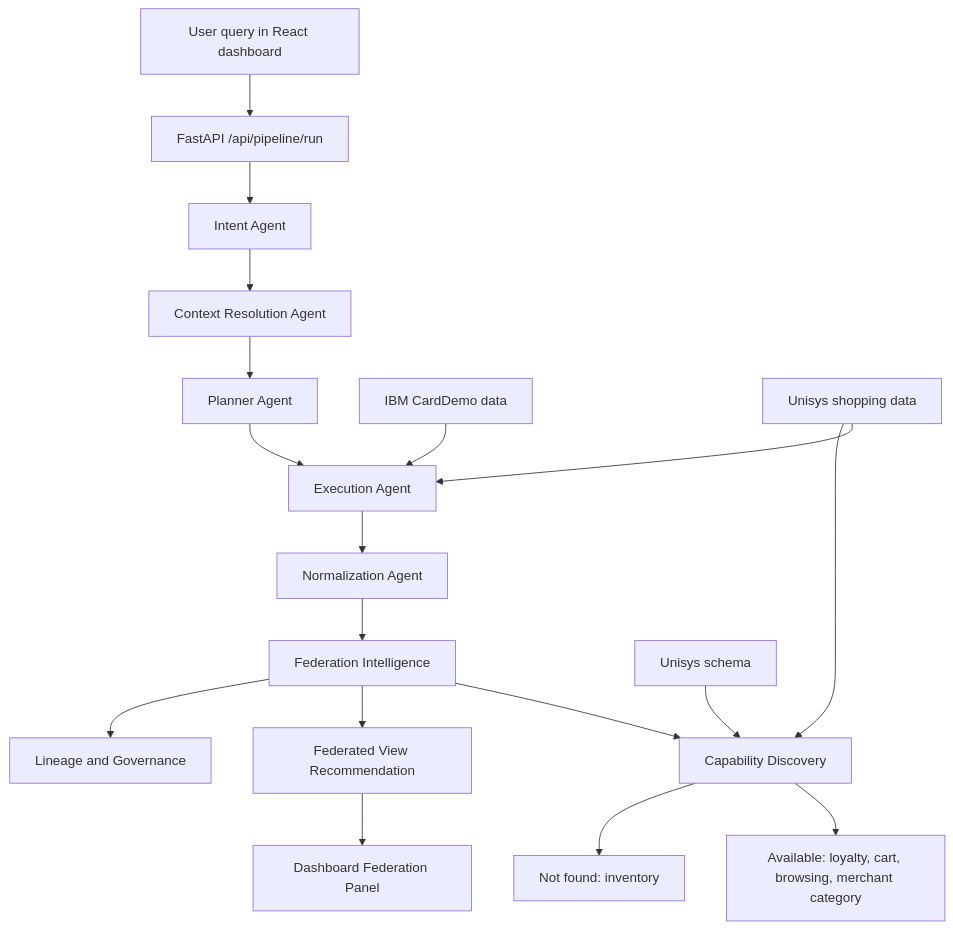
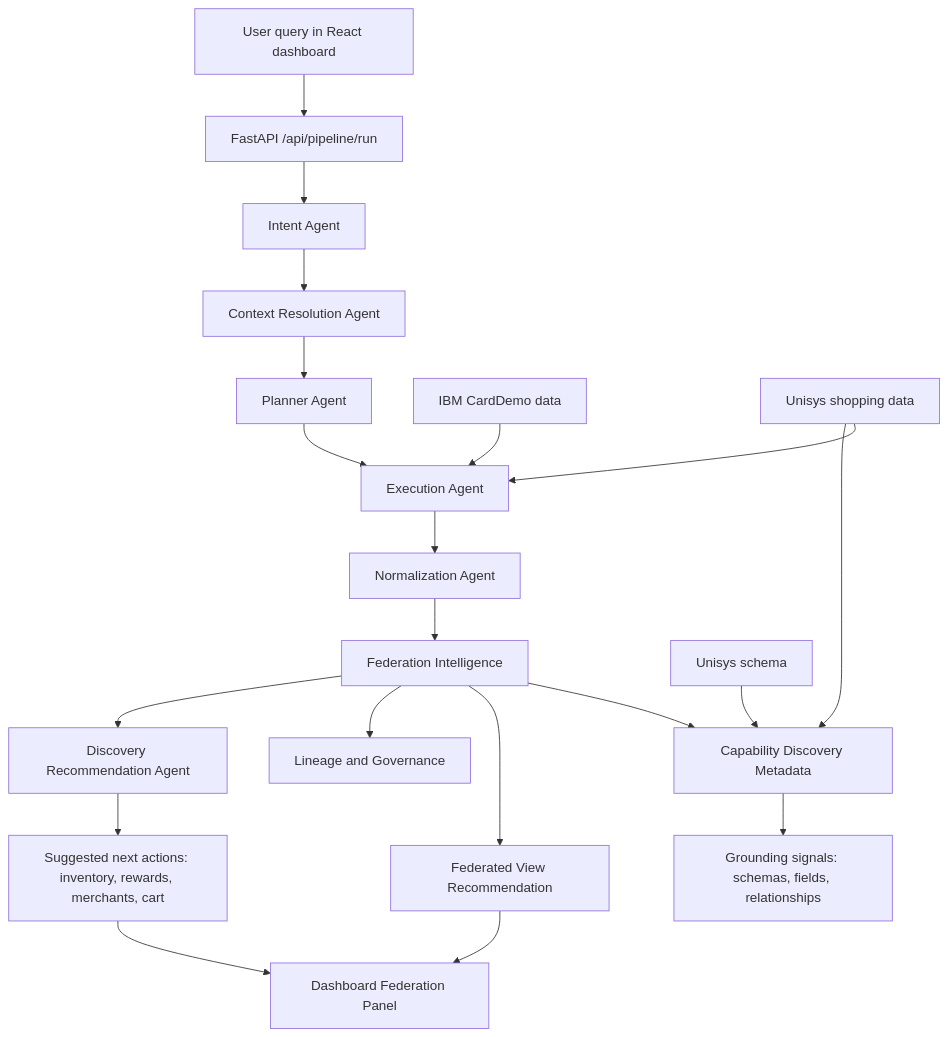
The diagram in HANDOFF.md (Pritam2602/Agentic-Framework-for-IBM-Unisys-Mainframe-Autonomy-D8589-), drawn with Mermaid before and after one commit. The commit also changed other lines of this file and 20 other files, not shown here.

Commit message:
Added llm based discovery recommendation system

````diff
--- a/HANDOFF.md
+++ b/HANDOFF.md
@@ -56,21 +58,23 @@
 ```mermaid
 flowchart TD
     A[User query in React dashboard] --> B[FastAPI /api/pipeline/run]
     B --> C[Intent Agent]
     C --> D[Context Resolution Agent]
     D --> E[Planner Agent]
     E --> F[Execution Agent]
     F --> G[Normalization Agent]
     G --> H[Federation Intelligence]
-    H --> I[Capability Discovery]
+    H --> I[Capability Discovery Metadata]
     H --> J[Federated View Recommendation]
     H --> K[Lineage and Governance]
-    I --> L[Available: loyalty, cart, browsing, merchant category]
-    I --> M[Not found: inventory]
+    H --> R[Discovery Recommendation Agent]
+    I --> L[Grounding signals: schemas, fields, relationships]
+    R --> M[Suggested next actions: inventory, rewards, merchants, cart]
     J --> N[Dashboard Federation Panel]
+    M --> N
 
     O[IBM CardDemo data] --> F
     P[Unisys shopping data] --> F
     P --> I
     Q[Unisys schema] --> I
 ```
````
